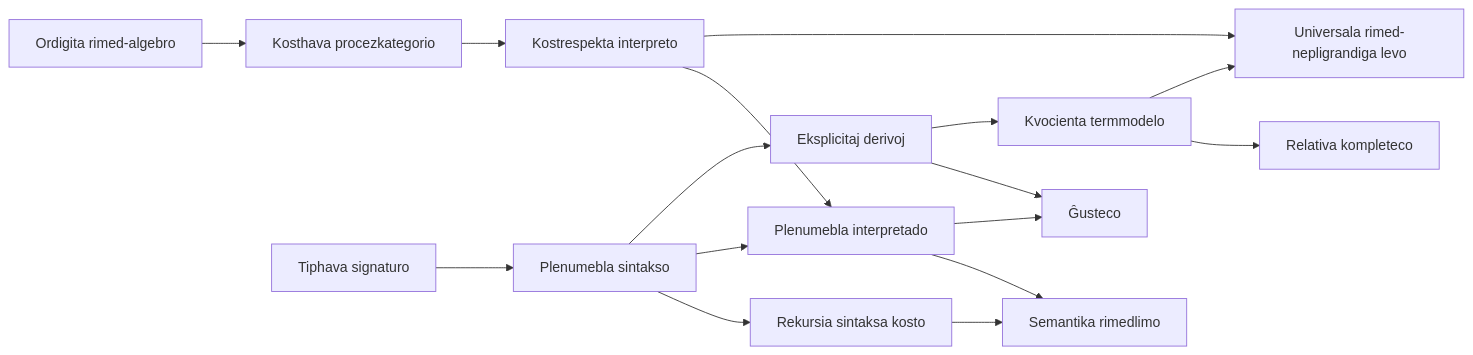
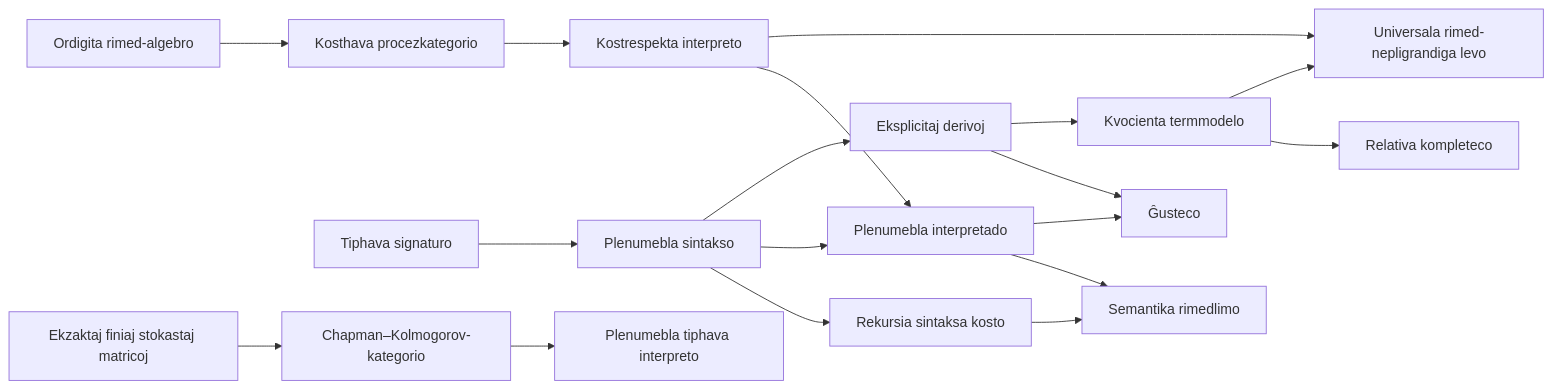
Before and after one commit to miuchan/ript: the diagram in docs/README.eo.md, drawn with Mermaid. The commit also changed other lines of this file and 12 other files, not shown here.

````diff
--- a/docs/README.eo.md
+++ b/docs/README.eo.md
@@ -211,18 +233,20 @@
 ```mermaid
 flowchart LR
   R["Ordigita rimed-algebro"] --> C["Kosthava procezkategorio"]
   S["Tiphava signaturo"] --> X["Plenumebla sintakso"]
   X --> K["Rekursia sintaksa kosto"]
   C --> I["Kostrespekta interpreto"]
   X --> E["Plenumebla interpretado"]
   I --> E
   K --> B["Semantika rimedlimo"]
   E --> B
   X --> D["Eksplicitaj derivoj"]
   D --> SO["Ĝusteco"]
   E --> SO
   D --> T["Kvocienta termmodelo"]
   T --> CO["Relativa kompleteco"]
   I --> U["Universala rimed-nepligrandiga levo"]
   T --> U
+  F["Ekzaktaj finiaj stokastaj matricoj"] --> CK["Chapman–Kolmogorov-kategorio"]
+  CK --> EX["Plenumebla tiphava interpreto"]
 ```
````
